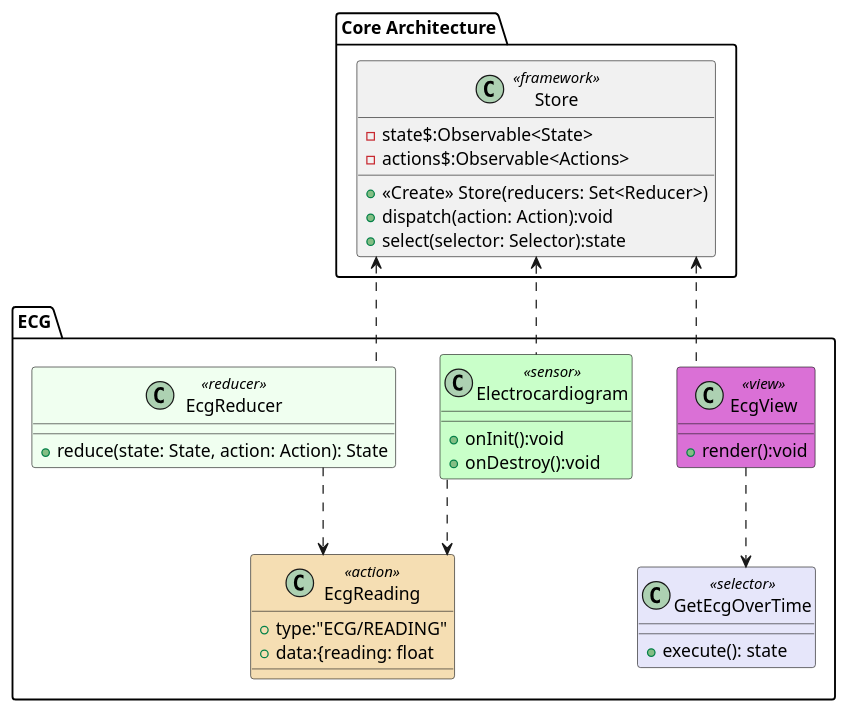
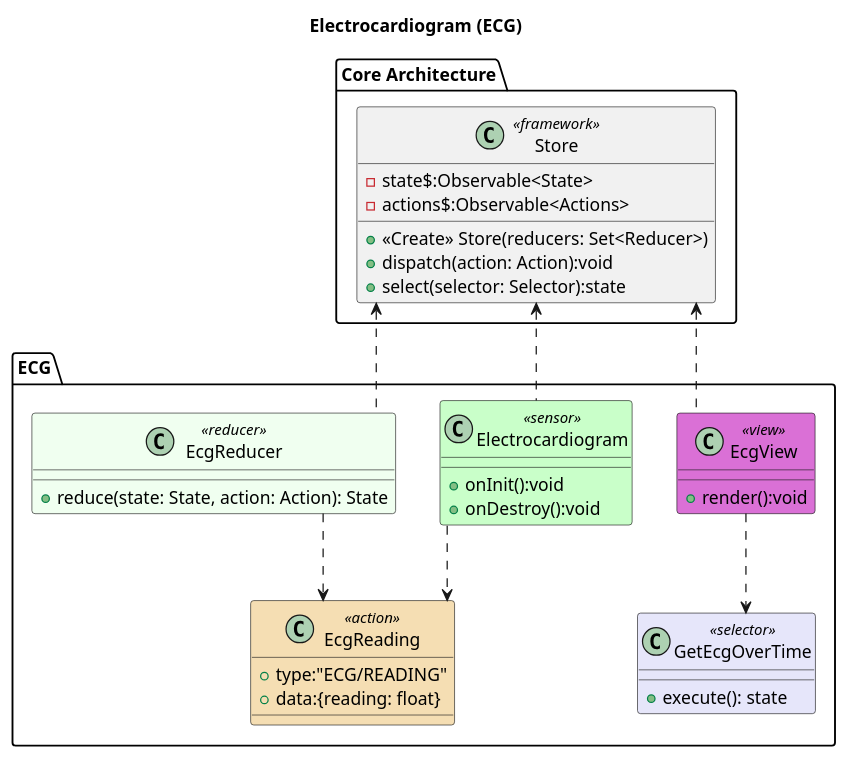
One commit to markroche92/sw-eng-smart-watch changed the diagram in class_diagrams/ecg.md. Above: the diagram before and after it, drawn with PlantUML. The commit also changed other lines of this file, not shown here.

Commit message:
fixing typo and adding title

````diff
--- a/class_diagrams/ecg.md
+++ b/class_diagrams/ecg.md
@@ -11,62 +11,65 @@
 ```plantuml
 @startuml
+title Electrocardiogram (ECG)
 
 skinparam shadowing false
 skinparam linetype ortho
 skinparam class {
     BackgroundColor<<reducer>> HoneyDew
     BackgroundColor<<action>> Wheat
     BackgroundColor<<sensor>> Technology
     BackgroundColor<<view>> Orchid
     BackgroundColor<<effect>> Gold
     BackgroundColor<<selector>> Lavender
 }
 
 '=========== definitions
+
+
 package "Core Architecture" {
     class "Store" <<framework>> {
         +<<Create>> Store(reducers: Set<Reducer>)
         -state$:Observable<State>
         -actions$:Observable<Actions>
         +dispatch(action: Action):void
         +select(selector: Selector):state
     }
 }
 
 package "ECG" {
     class Electrocardiogram <<sensor>> {
         +onInit():void
         +onDestroy():void
     }
 
     class EcgReading <<action>> {
         +type:"ECG/READING"
-        +data:{reading: float
+        +data:{reading: float}
     }
 
     class EcgView <<view>> {
         +render():void
     }
 
     class EcgReducer <<reducer>> {
         +reduce(state: State, action: Action): State
     }
 
     class GetEcgOverTime <<selector>>{
         +execute(): state
     }
 }
 
+
 '=========== links
 
 EcgView ..> GetEcgOverTime
 
 Electrocardiogram ..> EcgReading
 EcgReducer ..> EcgReading
 
 Electrocardiogram .u.> Store
 EcgReducer .u.> Store
 EcgView .u.> Store
-
 @enduml
 ```
````
